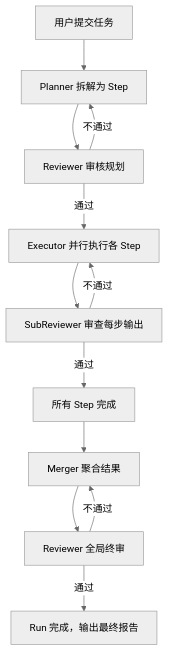
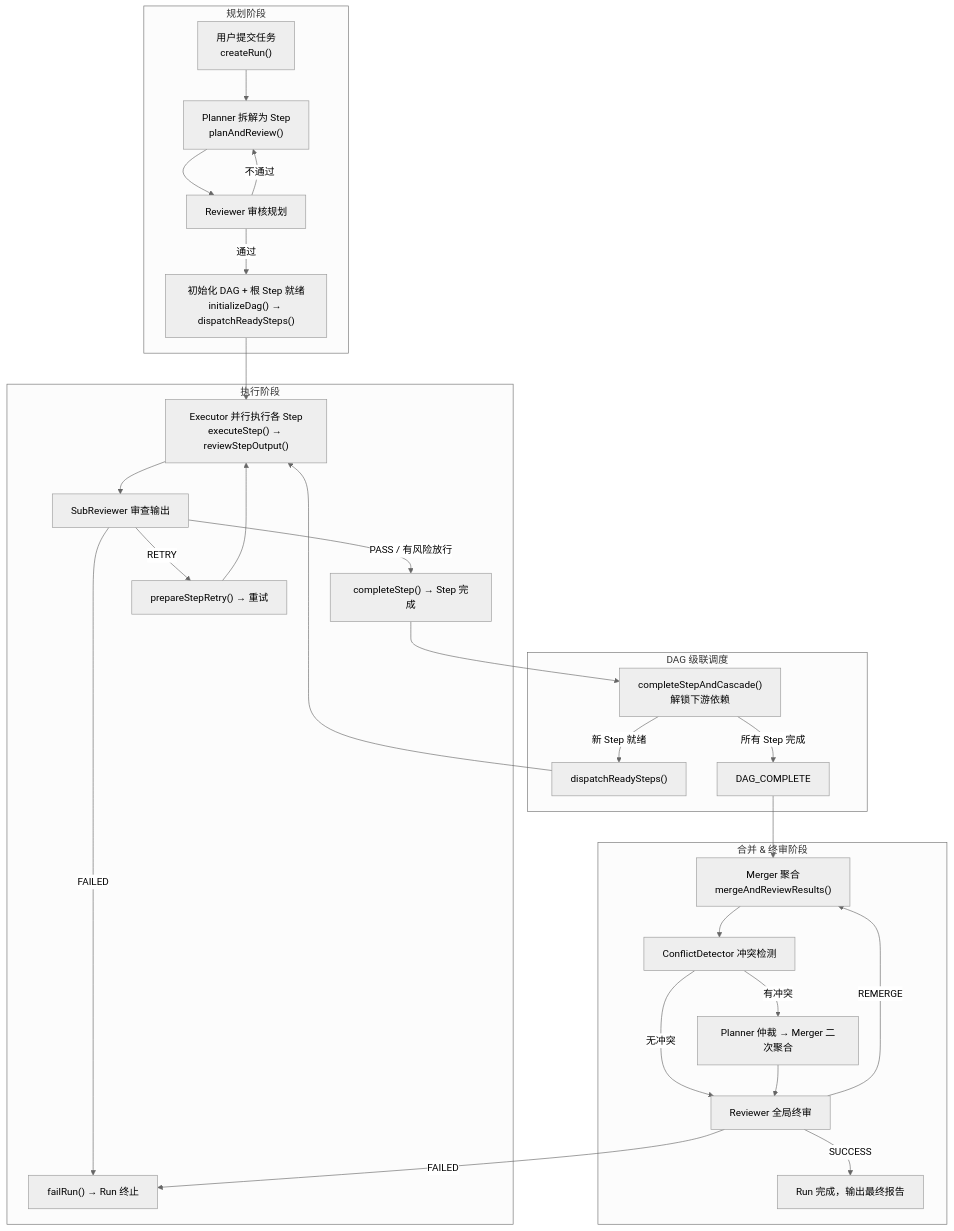
The third of 3 diagrams in README.md (kaiyue-ai/EchoMind), drawn with Mermaid (neutral theme) before and after one commit. The commit also changed other lines of this file, not shown here.

First line of the commit message:
README Team 流程：保留关键方法名和 DAG 级联机制，去掉底层实现细节

````diff
--- a/README.md
+++ b/README.md
@@ -194,14 +194,36 @@
 ```mermaid
 flowchart TB
-    A["用户提交任务"] --> B["Planner 拆解为 Step"]
-    B --> C["Reviewer 审核规划"]
-    C -->|通过| D["Executor 并行执行各 Step"]
-    C -->|不通过| B
-    D --> E["SubReviewer 审查每步输出"]
-    E -->|通过| F["所有 Step 完成"]
-    E -->|不通过| D
-    F --> G["Merger 聚合结果"]
-    G --> H["Reviewer 全局终审"]
-    H -->|通过| I["Run 完成，输出最终报告"]
-    H -->|不通过| G
+    subgraph 规划["规划阶段"]
+        A["用户提交任务<br/>createRun()"] --> B["Planner 拆解为 Step<br/>planAndReview()"]
+        B --> C["Reviewer 审核规划"]
+        C -->|通过| D["初始化 DAG + 根 Step 就绪<br/>initializeDag() → dispatchReadySteps()"]
+        C -->|不通过| B
+    end
+
+    subgraph 执行["执行阶段"]
+        D --> E["Executor 并行执行各 Step<br/>executeStep() → reviewStepOutput()"]
+        E --> F["SubReviewer 审查输出"]
+        F -->|PASS / 有风险放行| G["completeStep() → Step 完成"]
+        F -->|RETRY| H["prepareStepRetry() → 重试"]
+        F -->|FAILED| I["failRun() → Run 终止"]
+        H --> E
+    end
+
+    subgraph 级联["DAG 级联调度"]
+        G --> J["completeStepAndCascade()<br/>解锁下游依赖"]
+        J -->|新 Step 就绪| K["dispatchReadySteps()"]
+        K --> E
+        J -->|所有 Step 完成| L["DAG_COMPLETE"]
+    end
+
+    subgraph 合并终审["合并 & 终审阶段"]
+        L --> M["Merger 聚合<br/>mergeAndReviewResults()"]
+        M --> N["ConflictDetector 冲突检测"]
+        N -->|有冲突| O["Planner 仲裁 → Merger 二次聚合"]
+        N -->|无冲突| P["Reviewer 全局终审"]
+        O --> P
+        P -->|SUCCESS| Q["Run 完成，输出最终报告"]
+        P -->|REMERGE| M
+        P -->|FAILED| I
+    end
 ```
````
